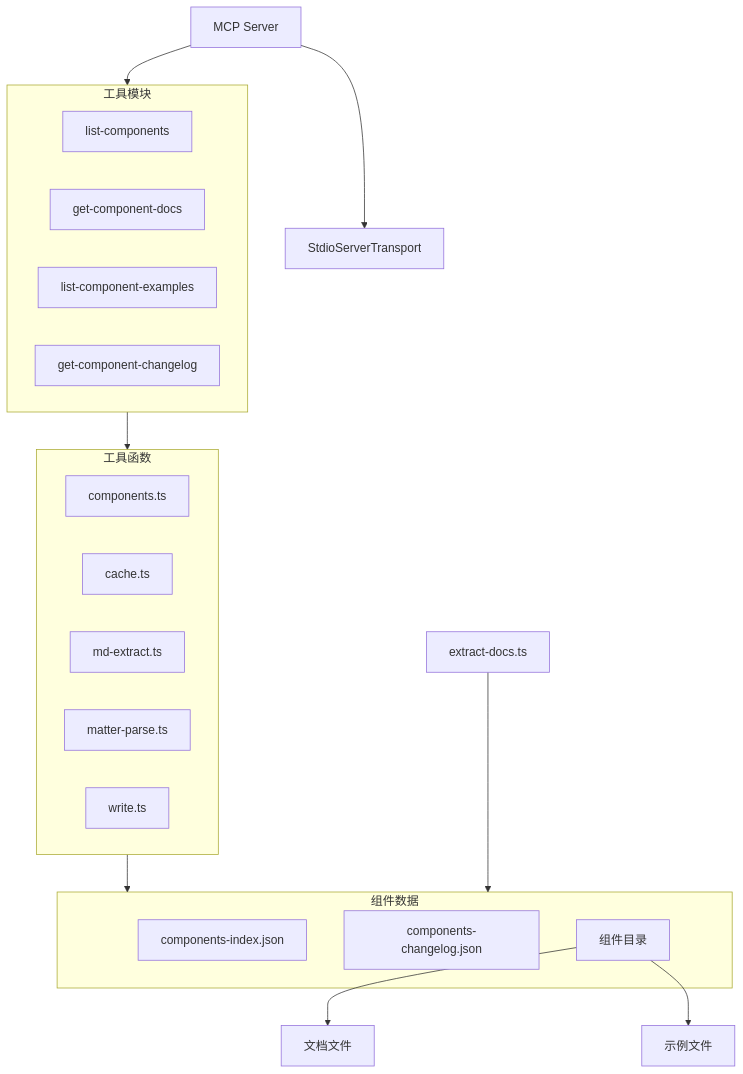
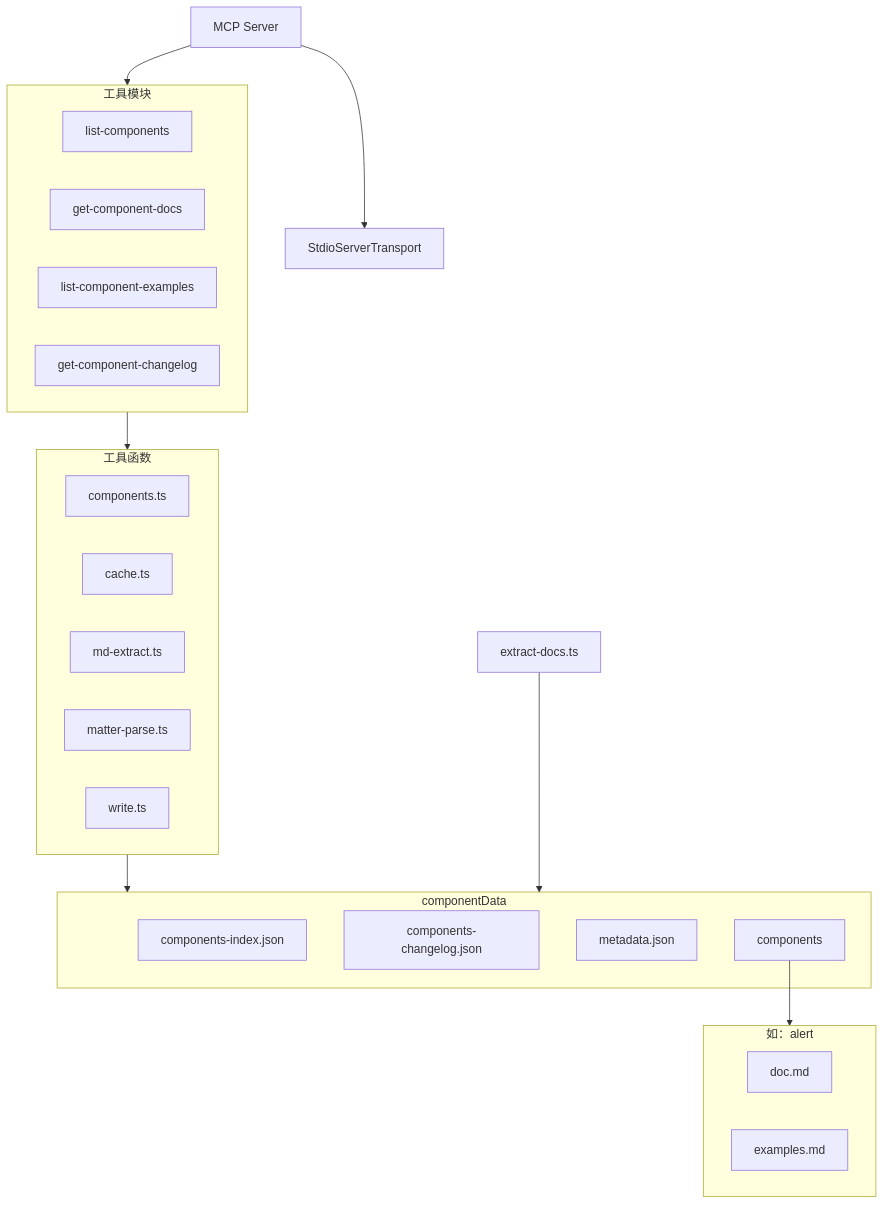
The first of 4 diagrams in README.zh-CN.md (zhixiaoqiang/antd-components-mcp), drawn with Mermaid before and after one commit. The commit also changed other lines of this file and 11 other files, not shown here.

````diff
--- a/README.zh-CN.md
+++ b/README.zh-CN.md
@@ -166,41 +170,45 @@
 ```mermaid
 graph TD
     %% 主要模块
     Server[MCP Server] --> Tools
     Server --> Transport[StdioServerTransport]
     
     %% 工具模块
     subgraph Tools[工具模块]
         ListComponents[list-components]
         GetDocs[get-component-docs]
         ListExamples[list-component-examples]
         GetChangelog[get-component-changelog]
     end
     
     %% 工具依赖的工具函数
     Tools --> Utils
     
     subgraph Utils[工具函数]
         Components[components.ts]
         Cache[cache.ts]
         MdExtract[md-extract.ts]
         MatterParse[matter-parse.ts]
         Write[write.ts]
     end
     
     %% 数据存储
     Utils --> ComponentData
     
-    subgraph ComponentData[组件数据]
+    subgraph ComponentData[componentData]
         CompIndex[components-index.json]
         CompChangelog[components-changelog.json]
-        CompDirs[组件目录]
+        MetaData[metadata.json]
+        CompDirs[components]
     end
-    
-    %% 组件目录详情
-    CompDirs --> DocFiles[文档文件]
-    CompDirs --> ExampleFiles[示例文件]
+
+    subgraph ComponentDirs[如：alert]
+        DocFiles[doc.md]
+        ExampleFiles[examples.md]
+    end
+
+    CompDirs --> ComponentDirs
     
     %% 数据提取脚本
     Scripts[extract-docs.ts] --> ComponentData
 ```
````
